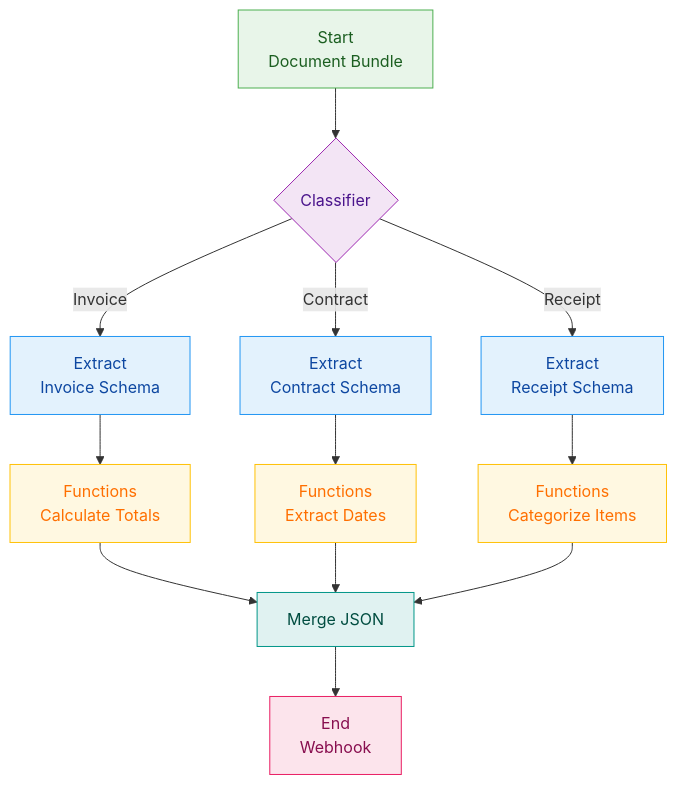
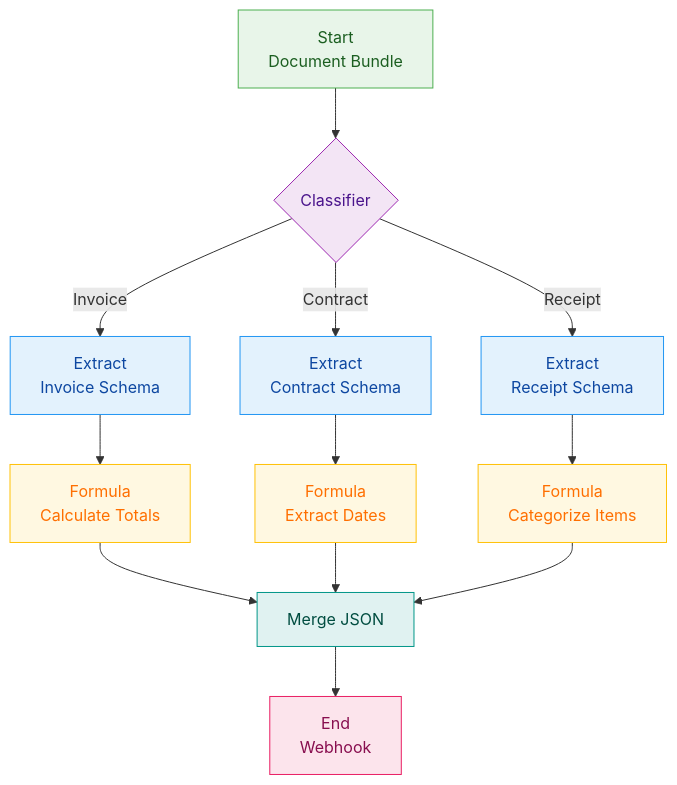
One commit to retab-dev/docs changed the second of 2 diagrams in workflows/Workflows.mdx. Above: the diagram before and after it, drawn with Mermaid. The commit also changed other lines of this file and 5 other files, not shown here.

````diff
--- a/workflows/Workflows.mdx
+++ b/workflows/Workflows.mdx
@@ -306,29 +306,29 @@
 ```mermaid
 flowchart TD
     A[Start\nDocument Bundle] --> B{Classifier}
     
     B -->|Invoice| C[Extract\nInvoice Schema]
     B -->|Contract| D[Extract\nContract Schema]
     B -->|Receipt| E[Extract\nReceipt Schema]
     
-    C --> F[Functions\nCalculate Totals]
-    D --> G[Functions\nExtract Dates]
-    E --> H[Functions\nCategorize Items]
+    C --> F[Formula\nCalculate Totals]
+    D --> G[Formula\nExtract Dates]
+    E --> H[Formula\nCategorize Items]
     
     F --> I[Merge JSON]
     G --> I
     H --> I
     
     I --> J[End\nWebhook]
 
     style A fill:#e8f5e9,stroke:#4caf50,color:#1b5e20
     style B fill:#f3e5f5,stroke:#9c27b0,color:#4a148c
     style C fill:#e3f2fd,stroke:#2196f3,color:#0d47a1
     style D fill:#e3f2fd,stroke:#2196f3,color:#0d47a1
     style E fill:#e3f2fd,stroke:#2196f3,color:#0d47a1
     style F fill:#fff8e1,stroke:#ffc107,color:#ff6f00
     style G fill:#fff8e1,stroke:#ffc107,color:#ff6f00
     style H fill:#fff8e1,stroke:#ffc107,color:#ff6f00
     style I fill:#e0f2f1,stroke:#009688,color:#004d40
     style J fill:#fce4ec,stroke:#e91e63,color:#880e4f
 ```
````
